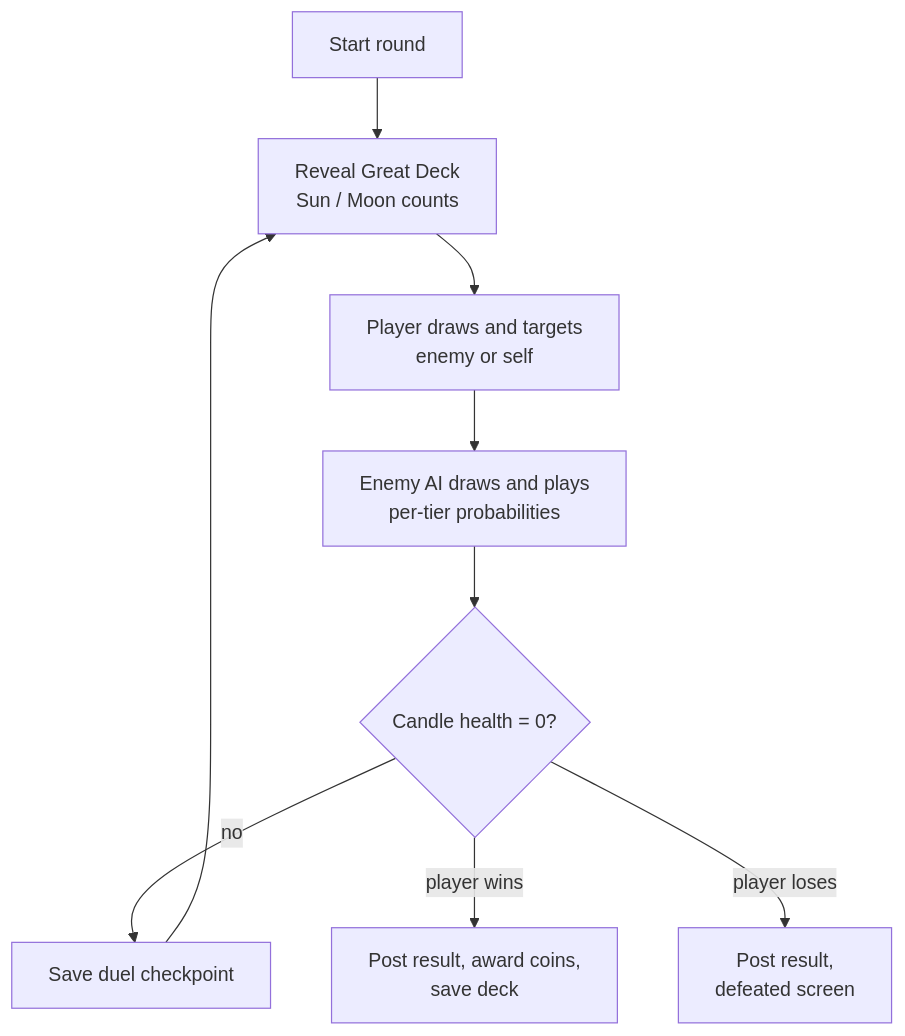
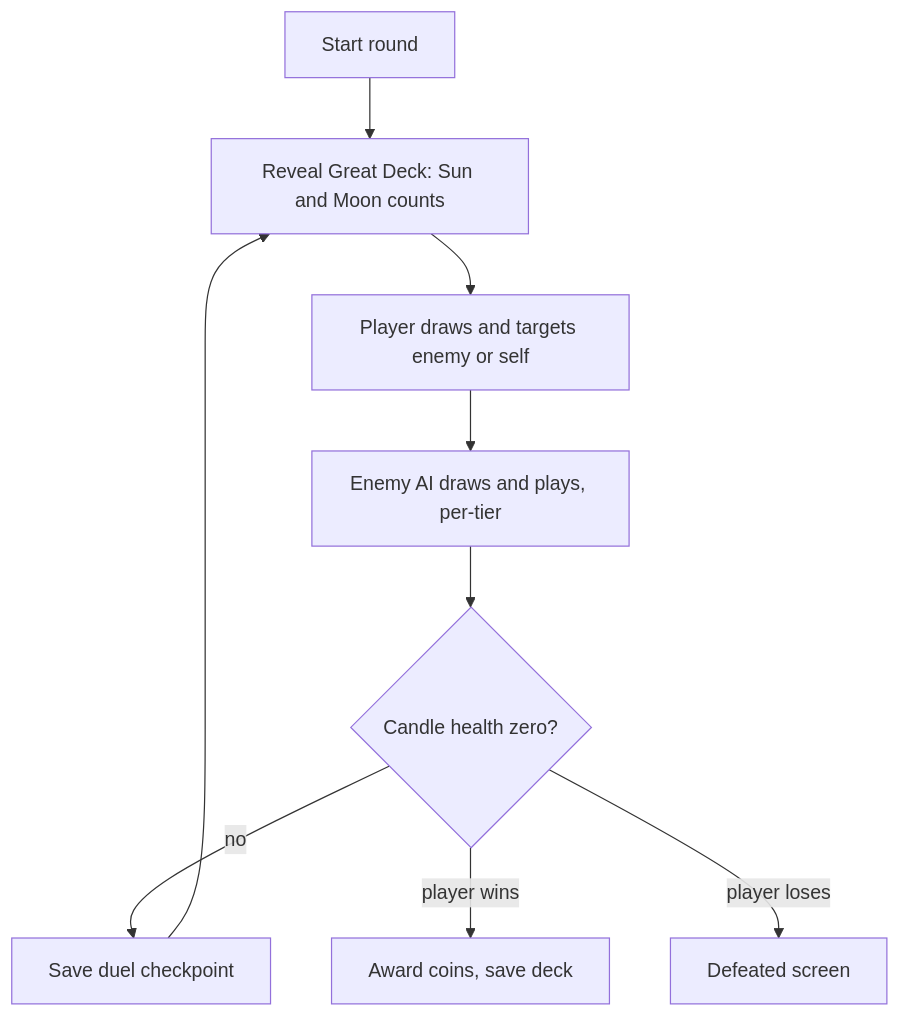
Before and after one commit to sant-mell/videoGame-TC2005B.501: the second of 2 diagrams in README.md, drawn with Mermaid. The commit also changed other lines of this file, not shown here.

Commit message:
Harden Mermaid diagram syntax for reliable GitHub rendering

````diff
--- a/README.md
+++ b/README.md
@@ -90,10 +86,11 @@
 ```mermaid
 flowchart TD
-    A[Start round] --> B[Reveal Great Deck<br/>Sun / Moon counts]
-    B --> C[Player draws and targets<br/>enemy or self]
-    C --> D[Enemy AI draws and plays<br/>per-tier probabilities]
-    D --> E{Candle health = 0?}
-    E -->|no| F[Save duel checkpoint] --> B
-    E -->|player wins| G[Post result, award coins,<br/>save deck]
-    E -->|player loses| H[Post result,<br/>defeated screen]
+    A["Start round"] --> B["Reveal Great Deck: Sun and Moon counts"]
+    B --> C["Player draws and targets enemy or self"]
+    C --> D["Enemy AI draws and plays, per-tier"]
+    D --> E{"Candle health zero?"}
+    E -->|no| F["Save duel checkpoint"]
+    F --> B
+    E -->|player wins| G["Award coins, save deck"]
+    E -->|player loses| H["Defeated screen"]
 ```
````
